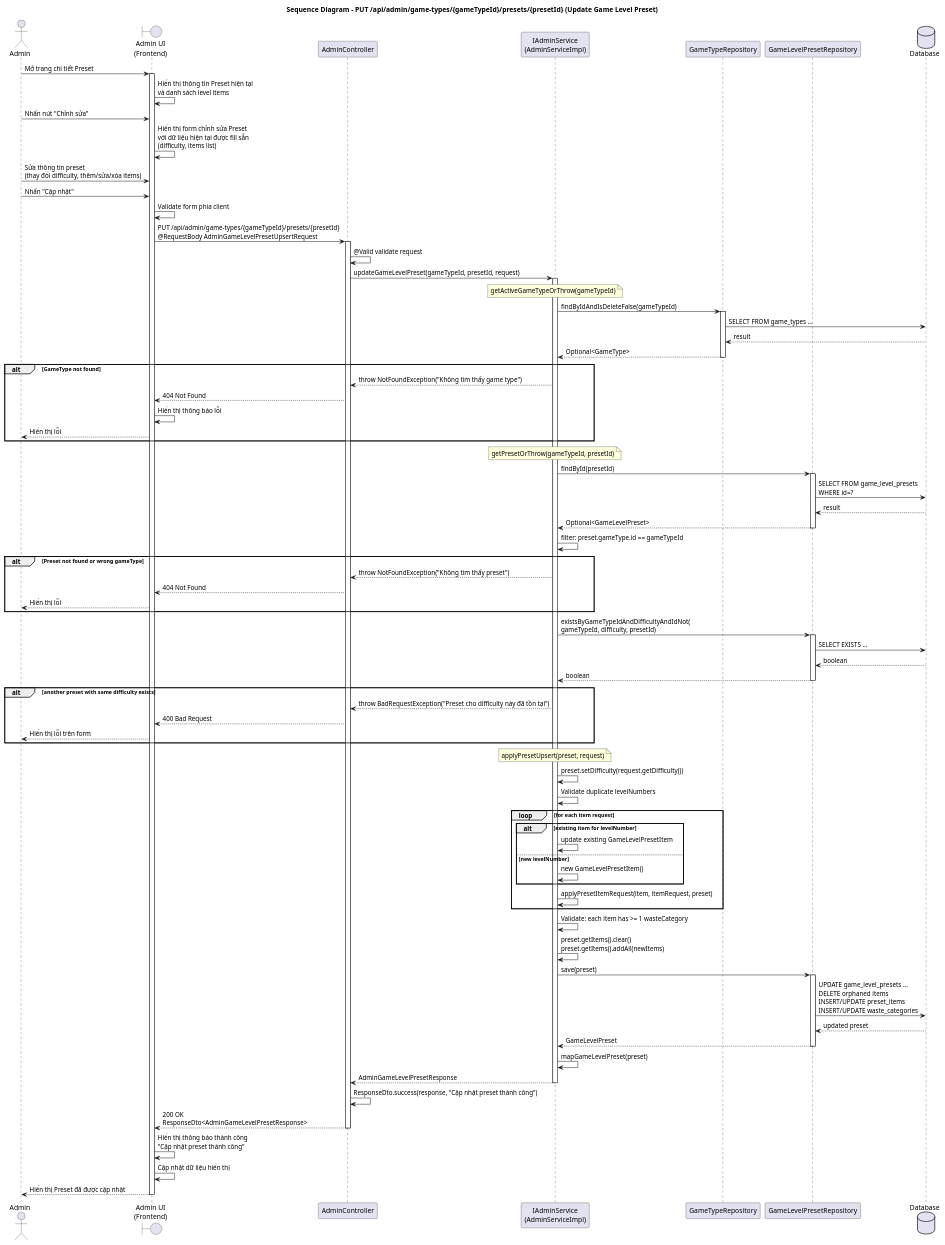
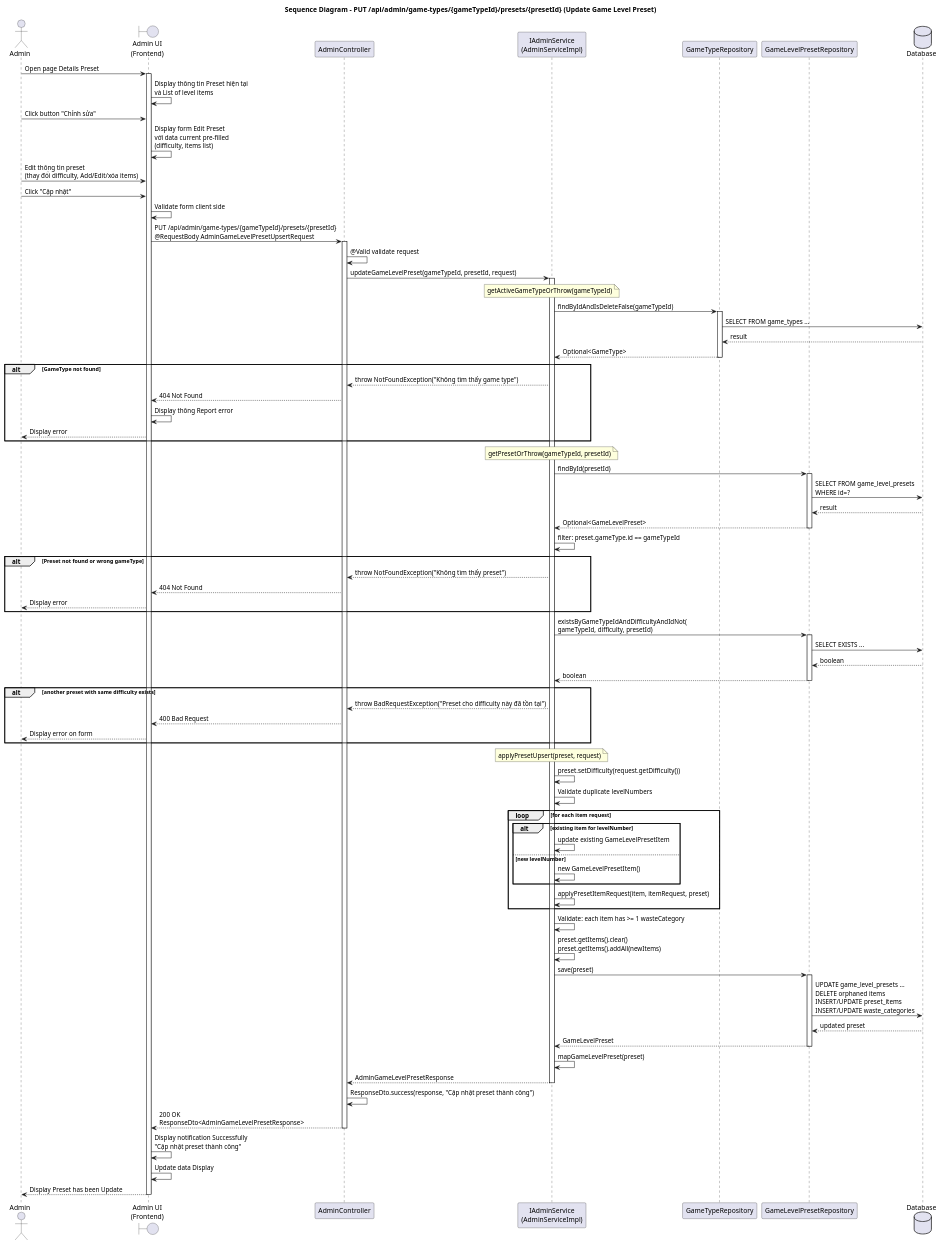
Before and after one commit to EpxrLab/EcoVerse_BE: the diagram in src/main/resources/diagram/seq_update_game_level_preset.puml, drawn with PlantUML. The commit also changed 53 other files, not shown here.

Commit message:
feat: add init data for game type, sub category, waste item

```diff
--- a/src/main/resources/diagram/seq_update_game_level_preset.puml
+++ b/src/main/resources/diagram/seq_update_game_level_preset.puml
@@ -1,111 +1,111 @@
 @startuml seq_update_game_level_preset
 title Sequence Diagram - PUT /api/admin/game-types/{gameTypeId}/presets/{presetId} (Update Game Level Preset)
 
 actor "Admin" as admin
 boundary "Admin UI\n(Frontend)" as ui
 participant "AdminController" as ctrl
 participant "IAdminService\n(AdminServiceImpl)" as svc
 participant "GameTypeRepository" as gtRepo
 participant "GameLevelPresetRepository" as glpRepo
 database "Database" as db
 
-admin -> ui : Mở trang chi tiết Preset
+admin -> ui : Open page Details Preset
 activate ui
-ui -> ui : Hiển thị thông tin Preset hiện tại\nvà danh sách level items
+ui -> ui : Display thông tin Preset hiện tại\nvà List of level items
 
-admin -> ui : Nhấn nút "Chỉnh sửa"
-ui -> ui : Hiển thị form chỉnh sửa Preset\nvới dữ liệu hiện tại được fill sẵn\n(difficulty, items list)
+admin -> ui : Click button "Chỉnh sửa"
+ui -> ui : Display form Edit Preset\nvới data current pre-filled\n(difficulty, items list)
 
-admin -> ui : Sửa thông tin preset\n(thay đổi difficulty, thêm/sửa/xóa items)
-admin -> ui : Nhấn "Cập nhật"
-ui -> ui : Validate form phía client
+admin -> ui : Edit thông tin preset\n(thay đổi difficulty, Add/Edit/xóa items)
+admin -> ui : Click "Cập nhật"
+ui -> ui : Validate form client side
 
 ui -> ctrl : PUT /api/admin/game-types/{gameTypeId}/presets/{presetId}\n@RequestBody AdminGameLevelPresetUpsertRequest
 activate ctrl
 ctrl -> ctrl : @Valid validate request
 
 ctrl -> svc : updateGameLevelPreset(gameTypeId, presetId, request)
 activate svc
 
 note over svc : getActiveGameTypeOrThrow(gameTypeId)
 svc -> gtRepo : findByIdAndIsDeleteFalse(gameTypeId)
 activate gtRepo
 gtRepo -> db : SELECT FROM game_types ...
 db --> gtRepo : result
 gtRepo --> svc : Optional<GameType>
 deactivate gtRepo
 
 alt GameType not found
-    svc --> ctrl : throw NotFoundException("Không tìm thấy game type")
-    ctrl --> ui : 404 Not Found
-    ui -> ui : Hiển thị thông báo lỗi
-    ui --> admin : Hiển thị lỗi
+ svc --> ctrl : throw NotFoundException("Không tìm thấy game type")
+ ctrl --> ui : 404 Not Found
+ ui -> ui : Display thông Report error
+ ui --> admin : Display error
 end
 
 note over svc : getPresetOrThrow(gameTypeId, presetId)
 svc -> glpRepo : findById(presetId)
 activate glpRepo
 glpRepo -> db : SELECT FROM game_level_presets\nWHERE id=?
 db --> glpRepo : result
 glpRepo --> svc : Optional<GameLevelPreset>
 deactivate glpRepo
 
 svc -> svc : filter: preset.gameType.id == gameTypeId
 
 alt Preset not found or wrong gameType
-    svc --> ctrl : throw NotFoundException("Không tìm thấy preset")
-    ctrl --> ui : 404 Not Found
-    ui --> admin : Hiển thị lỗi
+ svc --> ctrl : throw NotFoundException("Không tìm thấy preset")
+ ctrl --> ui : 404 Not Found
+ ui --> admin : Display error
 end
 
 svc -> glpRepo : existsByGameTypeIdAndDifficultyAndIdNot(\ngameTypeId, difficulty, presetId)
 activate glpRepo
 glpRepo -> db : SELECT EXISTS ...
 db --> glpRepo : boolean
 glpRepo --> svc : boolean
 deactivate glpRepo
 
 alt another preset with same difficulty exists
-    svc --> ctrl : throw BadRequestException("Preset cho difficulty này đã tồn tại")
-    ctrl --> ui : 400 Bad Request
-    ui --> admin : Hiển thị lỗi trên form
+ svc --> ctrl : throw BadRequestException("Preset cho difficulty này đã tồn tại")
+ ctrl --> ui : 400 Bad Request
+ ui --> admin : Display error on form
 end
 
 note over svc : applyPresetUpsert(preset, request)
 svc -> svc : preset.setDifficulty(request.getDifficulty())
 svc -> svc : Validate duplicate levelNumbers
 
 loop for each item request
-    alt existing item for levelNumber
-        svc -> svc : update existing GameLevelPresetItem
-    else new levelNumber
-        svc -> svc : new GameLevelPresetItem()
-    end
-    svc -> svc : applyPresetItemRequest(item, itemRequest, preset)
+ alt existing item for levelNumber
+ svc -> svc : update existing GameLevelPresetItem
+ else new levelNumber
+ svc -> svc : new GameLevelPresetItem()
+ end
+ svc -> svc : applyPresetItemRequest(item, itemRequest, preset)
 end
 
 svc -> svc : Validate: each item has >= 1 wasteCategory
 svc -> svc : preset.getItems().clear()\npreset.getItems().addAll(newItems)
 
 svc -> glpRepo : save(preset)
 activate glpRepo
 glpRepo -> db : UPDATE game_level_presets ...\nDELETE orphaned items\nINSERT/UPDATE preset_items\nINSERT/UPDATE waste_categories
 db --> glpRepo : updated preset
 glpRepo --> svc : GameLevelPreset
 deactivate glpRepo
 
 svc -> svc : mapGameLevelPreset(preset)
 
 svc --> ctrl : AdminGameLevelPresetResponse
 deactivate svc
 
 ctrl -> ctrl : ResponseDto.success(response, "Cập nhật preset thành công")
 ctrl --> ui : 200 OK\nResponseDto<AdminGameLevelPresetResponse>
 deactivate ctrl
 
-ui -> ui : Hiển thị thông báo thành công\n"Cập nhật preset thành công"
-ui -> ui : Cập nhật dữ liệu hiển thị
-ui --> admin : Hiển thị Preset đã được cập nhật
+ui -> ui : Display notification Successfully\n"Cập nhật preset thành công"
+ui -> ui : Update data Display
+ui --> admin : Display Preset has been Update
 deactivate ui
 
 @enduml
```
